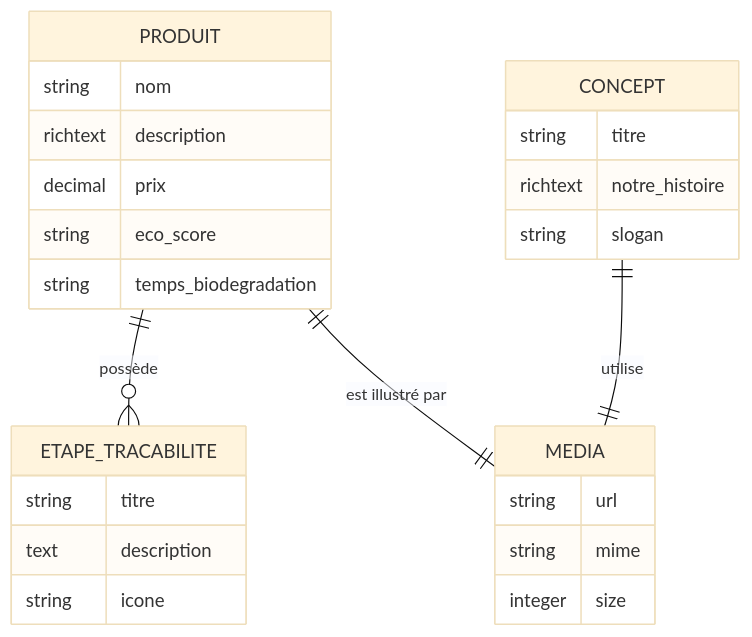
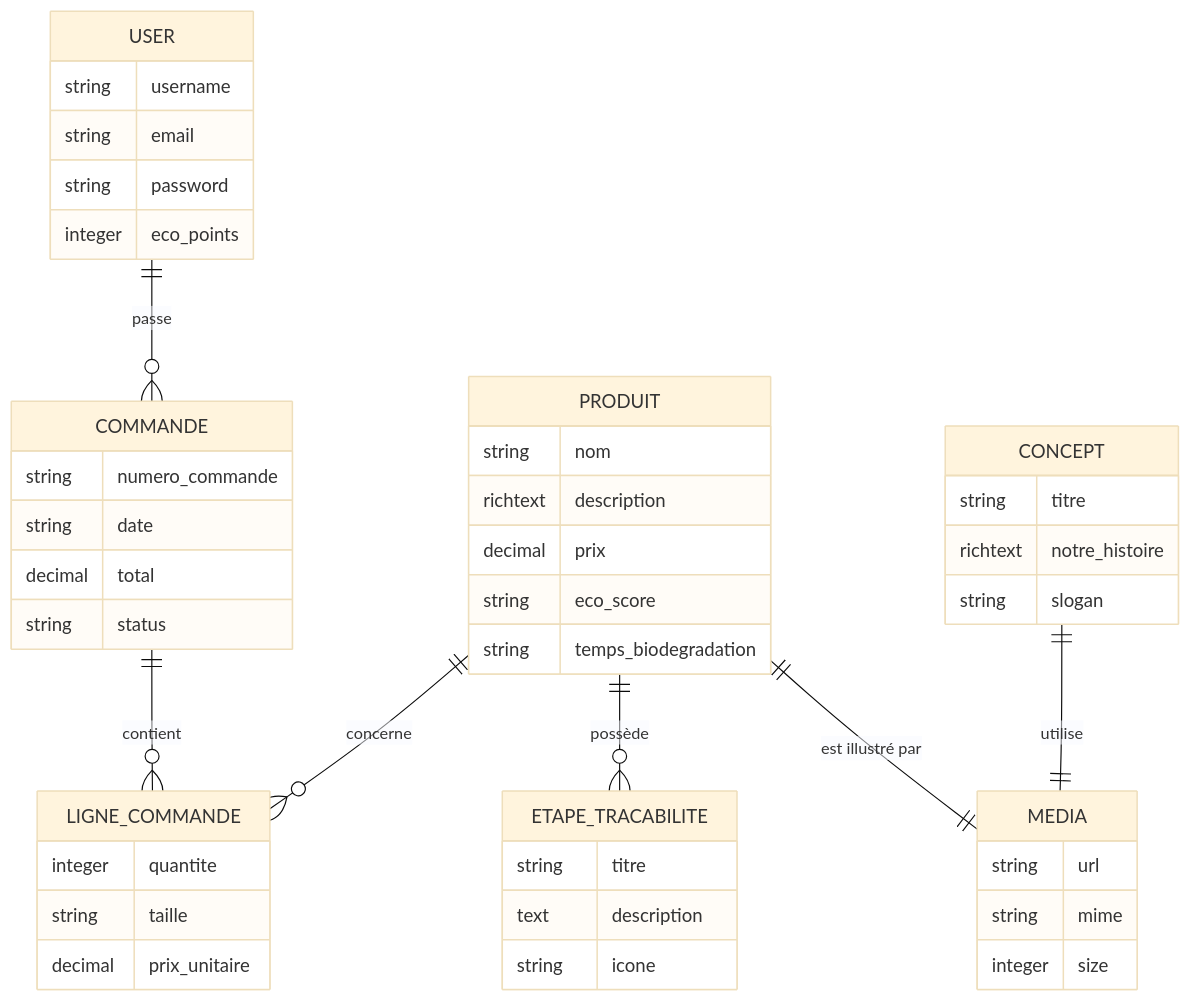
The diagram in Developpement_Web/documents_bdd.md (colombus97cmd/SAE2.02Wara), drawn with Mermaid (base theme) before and after one commit. The commit also changed other lines of this file, not shown here.

````diff
--- a/Developpement_Web/documents_bdd.md
+++ b/Developpement_Web/documents_bdd.md
@@ -46,32 +56,55 @@
 ```mermaid
 erDiagram
     PRODUIT ||--o{ ETAPE_TRACABILITE : "possède"
     PRODUIT ||--|| MEDIA : "est illustré par"
     CONCEPT ||--|| MEDIA : "utilise"
+    USER ||--o{ COMMANDE : "passe"
+    COMMANDE ||--o{ LIGNE_COMMANDE : "contient"
+    PRODUIT ||--o{ LIGNE_COMMANDE : "concerne"
 
     PRODUIT {
         string nom
         richtext description
         decimal prix
         string eco_score
         string temps_biodegradation
     }
 
     ETAPE_TRACABILITE {
         string titre
         text description
         string icone
     }
 
     CONCEPT {
         string titre
         richtext notre_histoire
         string slogan
     }
 
+    COMMANDE {
+        string numero_commande
+        string date
+        decimal total
+        string status
+    }
+
+    USER {
+        string username
+        string email
+        string password
+        integer eco_points
+    }
+
+    LIGNE_COMMANDE {
+        integer quantite
+        string taille
+        decimal prix_unitaire
+    }
+
     MEDIA {
         string url
         string mime
         integer size
     }
 ```
````
